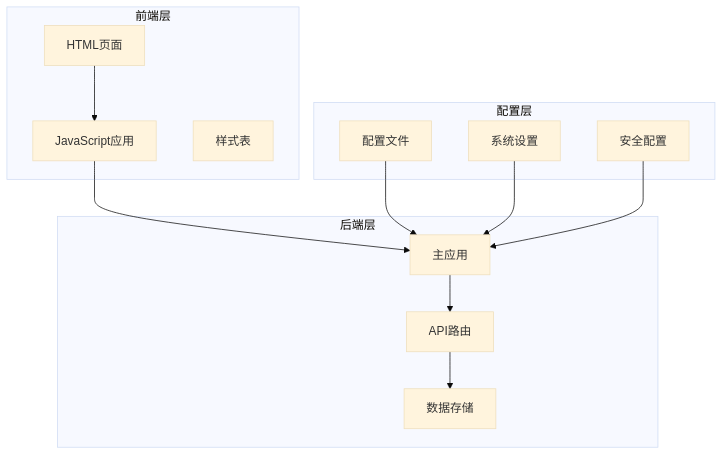
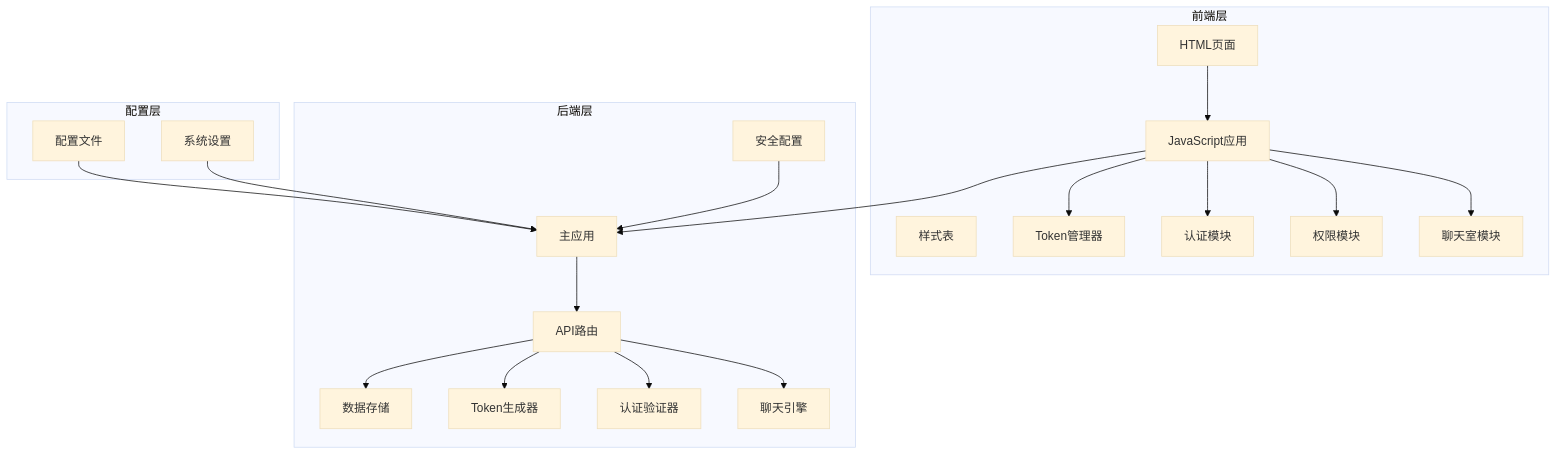
One commit to qq20739111/weilushishe-lishitai changed the first of 28 diagrams in .qoder/repowiki/zh/content/Web界面/JavaScript交互逻辑/用户认证系统.md. Above: the diagram before and after it, drawn with Mermaid (base theme). The commit also changed other lines of this file and 23 other files, not shown here.

````diff
--- a/.qoder/repowiki/zh/content/Web界面/JavaScript交互逻辑/用户认证系统.md
+++ b/.qoder/repowiki/zh/content/Web界面/JavaScript交互逻辑/用户认证系统.md
@@ -41,25 +51,40 @@
 ```mermaid
 graph TB
 subgraph "前端层"
 HTML[HTML页面]
 JS[JavaScript应用]
 CSS[样式表]
+TokenManager[Token管理器]
+AuthModule[认证模块]
+PermissionModule[权限模块]
+ChatModule[聊天室模块]
 end
 subgraph "后端层"
 Main[主应用]
 API[API路由]
 DB[数据存储]
+TokenGenerator[Token生成器]
+AuthValidator[认证验证器]
+ChatEngine[聊天引擎]
+Security[安全层]
 end
 subgraph "配置层"
 Config[配置文件]
 Settings[系统设置]
 Security[安全配置]
 end
 HTML --> JS
+JS --> TokenManager
+JS --> AuthModule
+JS --> PermissionModule
+JS --> ChatModule
 JS --> Main
 Main --> API
 API --> DB
+API --> TokenGenerator
+API --> AuthValidator
+API --> ChatEngine
 Config --> Main
 Settings --> Main
 Security --> Main
 ```
````
